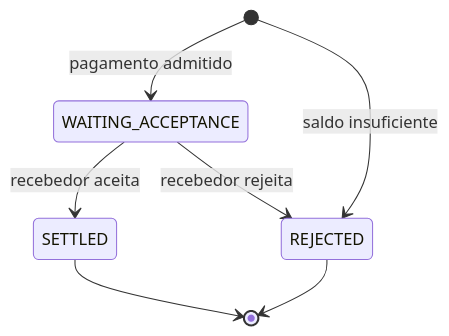
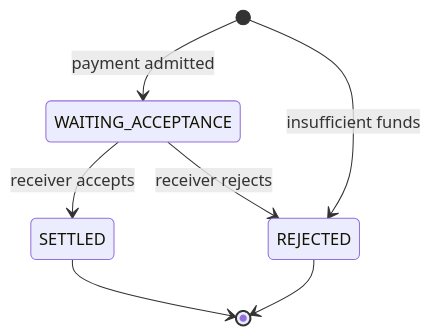
Before and after one commit to borgeskauan/instant-payment-system: the diagram in docs/topics/payment-correctness.md, drawn with Mermaid. The commit also changed other lines of this file and 7 other files, not shown here.

````diff
--- a/docs/topics/payment-correctness.md
+++ b/docs/topics/payment-correctness.md
@@ -25,9 +25,9 @@
 ```mermaid
 stateDiagram-v2
-    [*] --> WAITING_ACCEPTANCE: pagamento admitido
-    [*] --> REJECTED: saldo insuficiente
-    WAITING_ACCEPTANCE --> SETTLED: recebedor aceita
-    WAITING_ACCEPTANCE --> REJECTED: recebedor rejeita
+    [*] --> WAITING_ACCEPTANCE: payment admitted
+    [*] --> REJECTED: insufficient funds
+    WAITING_ACCEPTANCE --> SETTLED: receiver accepts
+    WAITING_ACCEPTANCE --> REJECTED: receiver rejects
     SETTLED --> [*]
     REJECTED --> [*]
 ```
````
